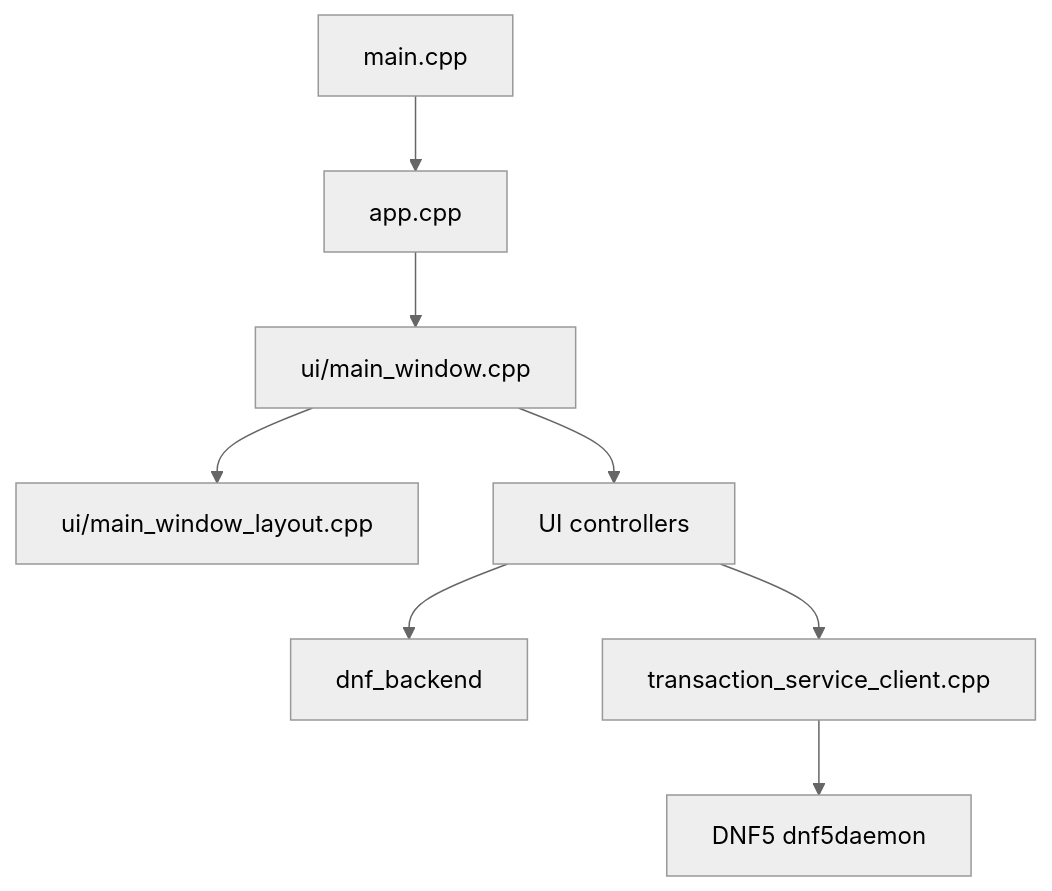
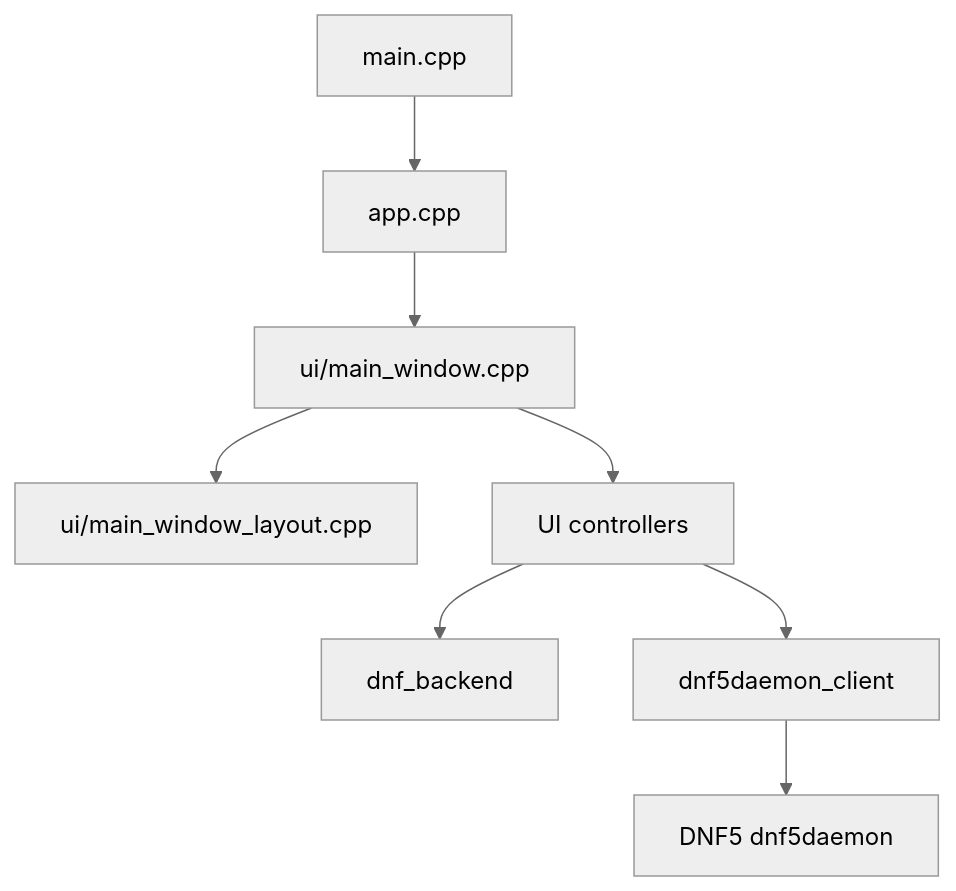
Before and after one commit to dnfui/dnf-ui: the first of 4 diagrams in docs/architecture.md, drawn with Mermaid (neutral theme). The commit also changed other lines of this file and 15 other files, not shown here.

First line of the commit message:
Move dnf5daemon client files into their own directory

````diff
--- a/docs/architecture.md
+++ b/docs/architecture.md
@@ -48,10 +48,10 @@
 ```mermaid
 flowchart TD
     Main[main.cpp] --> App[app.cpp]
     App --> Window[ui/main_window.cpp]
     Window --> Layout[ui/main_window_layout.cpp]
     Window --> Controllers[UI controllers]
     Controllers --> Backend[dnf_backend]
-    Controllers --> Client[transaction_service_client.cpp]
+    Controllers --> Client[dnf5daemon_client]
     Client --> Daemon[DNF5 dnf5daemon]
 ```
````
